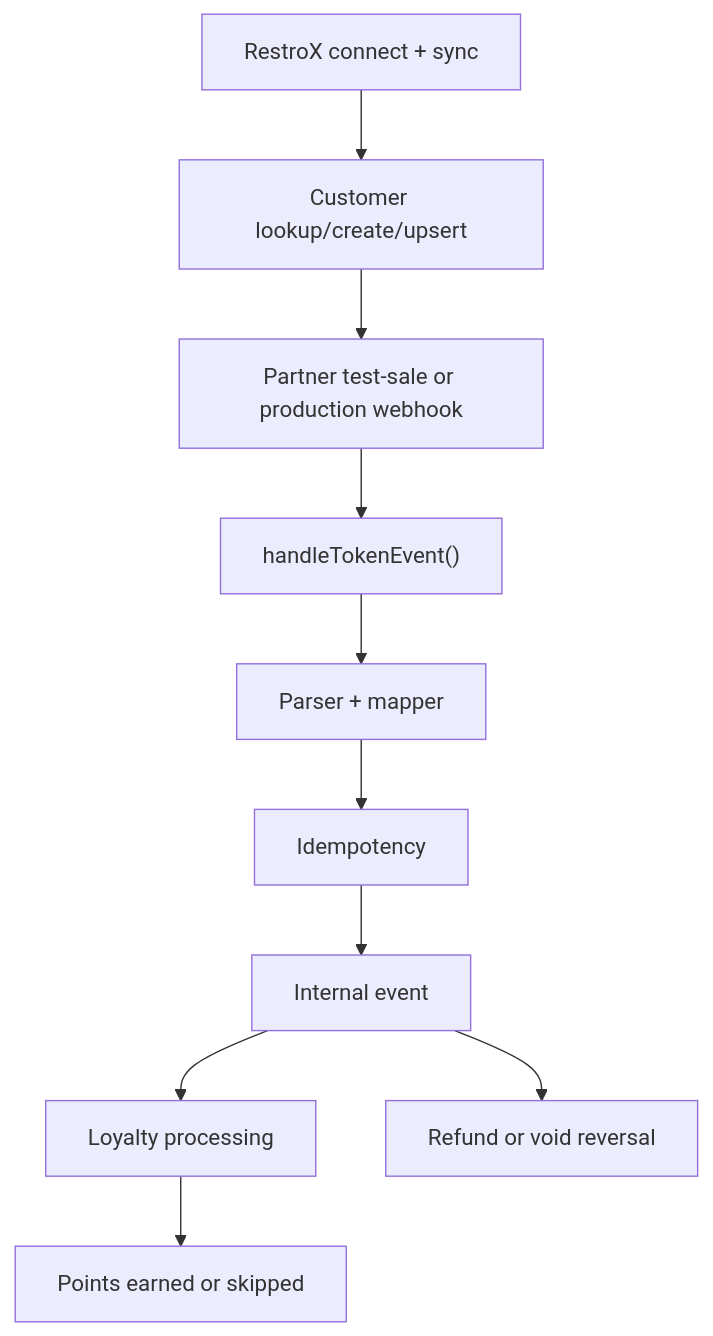
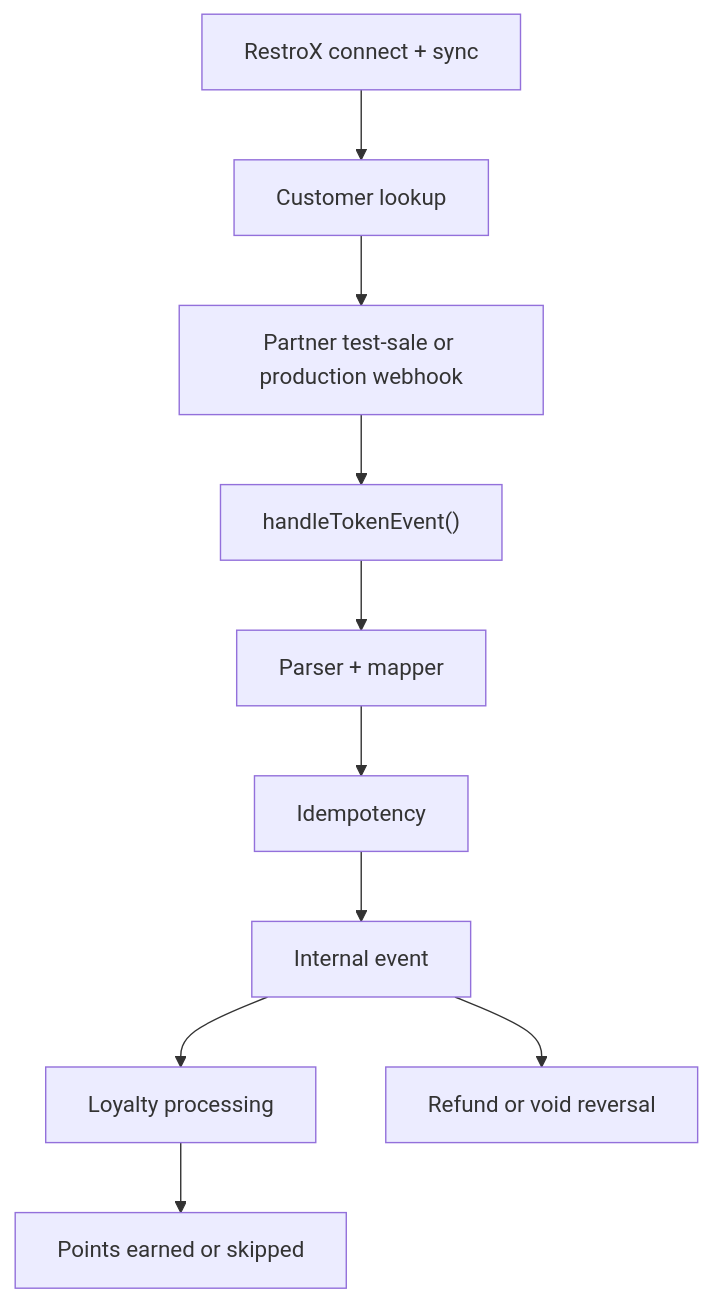
One commit to krischal07/docs changed the diagram in integrations/restrox/native/loyalty-processing.mdx. Above: the diagram before and after it, drawn with Mermaid. The commit also changed other lines of this file and 13 other files, not shown here.

````diff
--- a/integrations/restrox/native/loyalty-processing.mdx
+++ b/integrations/restrox/native/loyalty-processing.mdx
@@ -21,12 +21,12 @@
 ```mermaid
 flowchart TD
-  A["RestroX connect + sync"] --> B["Customer lookup/create/upsert"]
+  A["RestroX connect + sync"] --> B["Customer lookup"]
   B --> C["Partner test-sale or production webhook"]
   C --> D["handleTokenEvent()"]
   D --> E["Parser + mapper"]
   E --> F["Idempotency"]
   F --> G["Internal event"]
   G --> H["Loyalty processing"]
   H --> I["Points earned or skipped"]
   G --> J["Refund or void reversal"]
 ```
````
